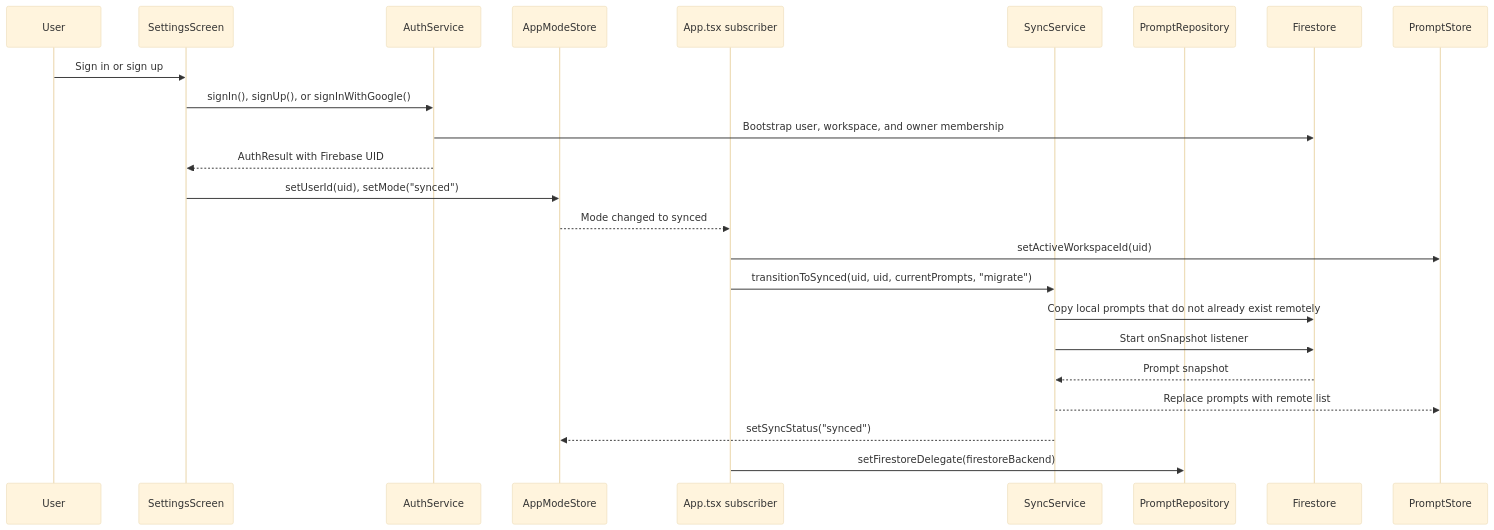
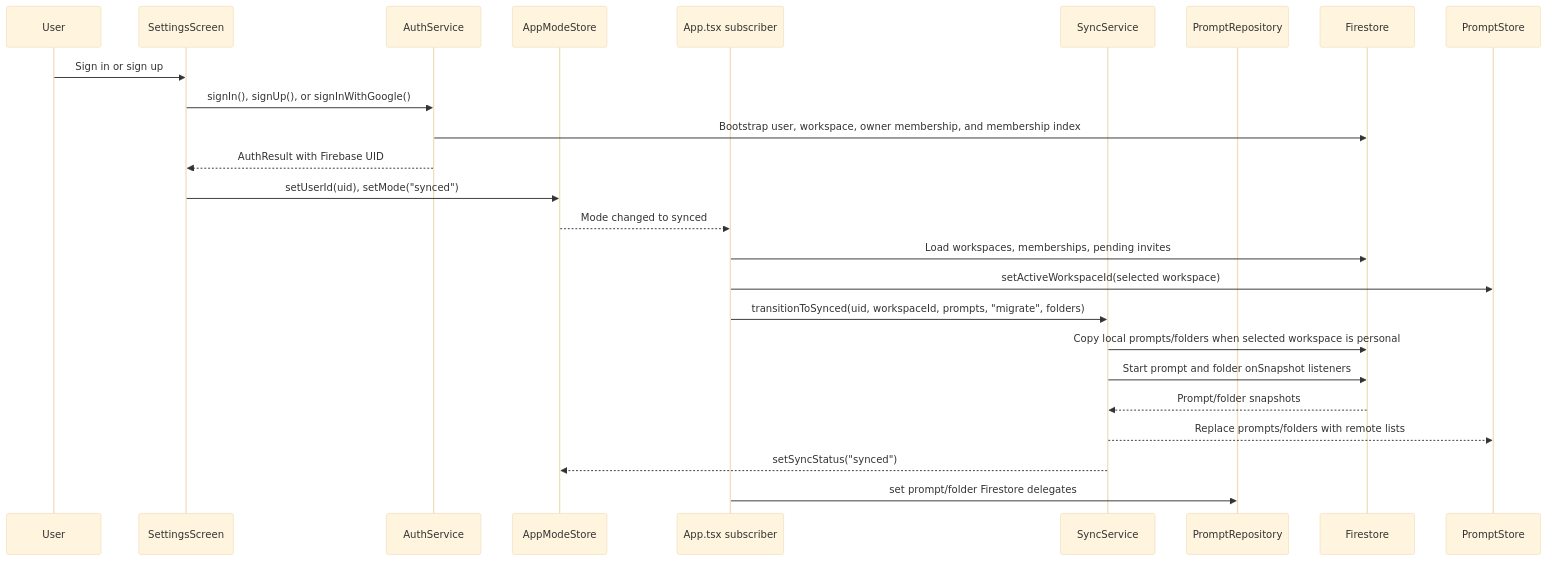
One commit to Xuefeng-Zhu/PromptDock changed the second of 5 diagrams in docs/SYNC.md. Above: the diagram before and after it, drawn with Mermaid (base theme). The commit also changed other lines of this file and 8 other files, not shown here.

````diff
--- a/docs/SYNC.md
+++ b/docs/SYNC.md
@@ -63,27 +66,28 @@
 ```mermaid
 sequenceDiagram
   participant User
   participant Settings as SettingsScreen
   participant Auth as AuthService
   participant Mode as AppModeStore
   participant App as App.tsx subscriber
   participant Sync as SyncService
   participant Repo as PromptRepository
   participant Firestore
   participant Store as PromptStore
 
   User->>Settings: Sign in or sign up
   Settings->>Auth: signIn(), signUp(), or signInWithGoogle()
-  Auth->>Firestore: Bootstrap user, workspace, and owner membership
+  Auth->>Firestore: Bootstrap user, workspace, owner membership, and membership index
   Auth-->>Settings: AuthResult with Firebase UID
   Settings->>Mode: setUserId(uid), setMode("synced")
   Mode-->>App: Mode changed to synced
-  App->>Store: setActiveWorkspaceId(uid)
-  App->>Sync: transitionToSynced(uid, uid, currentPrompts, "migrate")
-  Sync->>Firestore: Copy local prompts that do not already exist remotely
-  Sync->>Firestore: Start onSnapshot listener
-  Firestore-->>Sync: Prompt snapshot
-  Sync-->>Store: Replace prompts with remote list
+  App->>Firestore: Load workspaces, memberships, pending invites
+  App->>Store: setActiveWorkspaceId(selected workspace)
+  App->>Sync: transitionToSynced(uid, workspaceId, prompts, "migrate", folders)
+  Sync->>Firestore: Copy local prompts/folders when selected workspace is personal
+  Sync->>Firestore: Start prompt and folder onSnapshot listeners
+  Firestore-->>Sync: Prompt/folder snapshots
+  Sync-->>Store: Replace prompts/folders with remote lists
   Sync-->>Mode: setSyncStatus("synced")
-  App->>Repo: setFirestoreDelegate(firestoreBackend)
+  App->>Repo: set prompt/folder Firestore delegates
 ```
````
